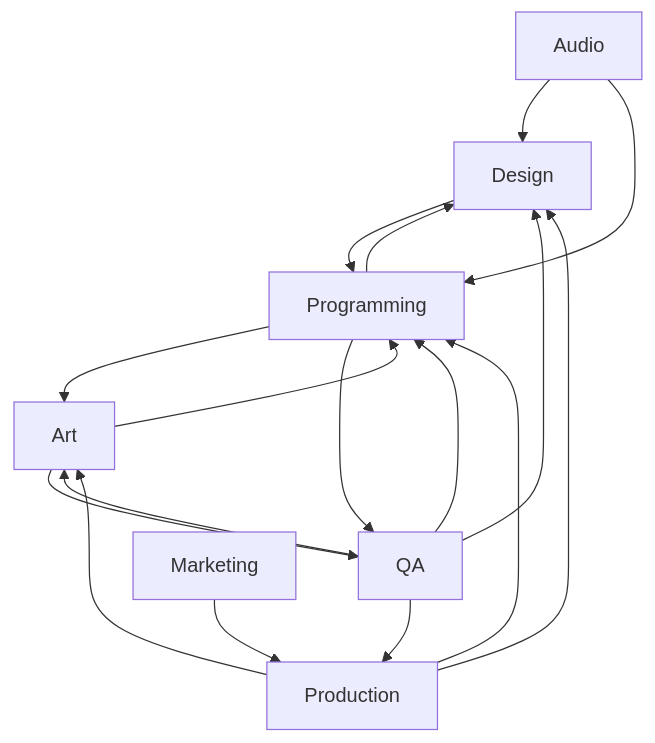
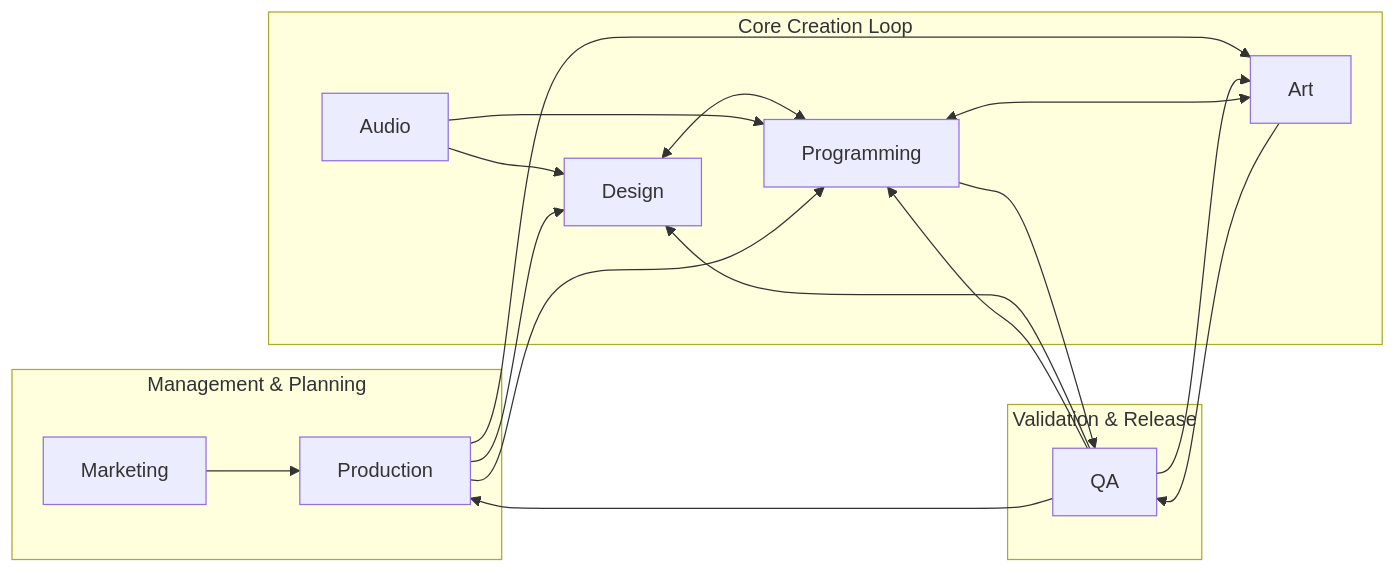
One commit to annias/spawn-dev-encyclopedia changed the second of 9 diagrams in docs/01-foundations.md. Above: the diagram before and after it, drawn with Mermaid. The commit also changed other lines of this file and 1 other file, not shown here.

Commit message:
style: optimize diagrams layout, replacing mindmaps with clean trees and subgraphs

````diff
--- a/docs/01-foundations.md
+++ b/docs/01-foundations.md
@@ -36,26 +36,28 @@
 ```mermaid
-flowchart TD
-    Design --> Programming
-    Programming --> Design
+flowchart LR
+    subgraph Management["Management & Planning"]
+        Marketing["Marketing"] --> Production["Production"]
+    end
 
-    Art --> Programming
-    Programming --> Art
+    subgraph Core["Core Creation Loop"]
+        Design["Design"] <--> Programming["Programming"]
+        Art["Art"] <--> Programming
+        Audio["Audio"] --> Design
+        Audio --> Programming
+    end
+
+    subgraph Validation["Validation & Release"]
+        QA["QA"]
+    end
 
     Production --> Design
     Production --> Programming
     Production --> Art
 
+    Programming --> QA
+    Art --> QA
     QA --> Design
     QA --> Programming
     QA --> Art
-
-    Audio --> Design
-    Audio --> Programming
-
-    Marketing --> Production
-
-    Programming --> QA
-    Art --> QA
-
     QA --> Production
 ```
````
